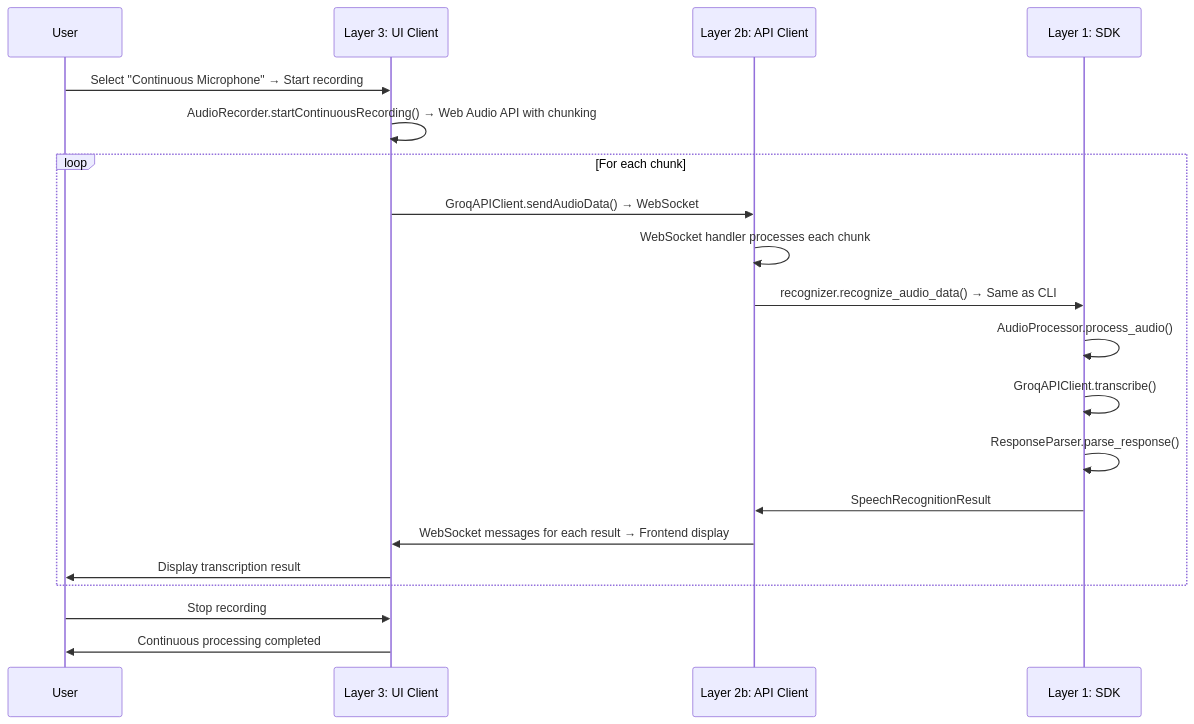
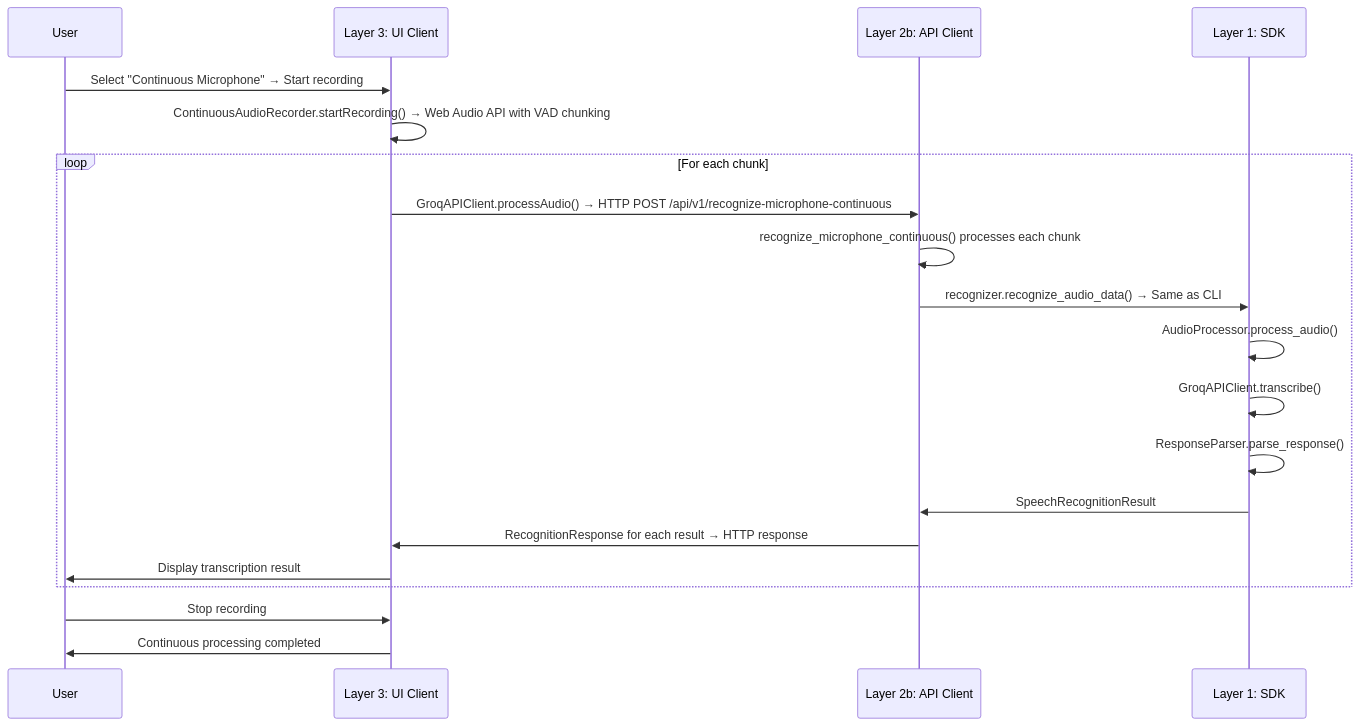
Before and after one commit to sreenivasmrpivot/groq-speech: diagram 18 of 24 in docs/ARCHITECTURE.md, drawn with Mermaid. The commit also changed other lines of this file and 38 other files, not shown here.

````diff
--- a/docs/ARCHITECTURE.md
+++ b/docs/ARCHITECTURE.md
@@ -418,23 +428,23 @@
 ```mermaid
 sequenceDiagram
     participant User
     participant UI as Layer 3: UI Client
     participant API as Layer 2b: API Client
     participant SDK as Layer 1: SDK
     
     User->>UI: Select "Continuous Microphone" → Start recording
-    UI->>UI: AudioRecorder.startContinuousRecording() → Web Audio API with chunking
+    UI->>UI: ContinuousAudioRecorder.startRecording() → Web Audio API with VAD chunking
     loop For each chunk
-        UI->>API: GroqAPIClient.sendAudioData() → WebSocket
-        API->>API: WebSocket handler processes each chunk
+        UI->>API: GroqAPIClient.processAudio() → HTTP POST /api/v1/recognize-microphone-continuous
+        API->>API: recognize_microphone_continuous() processes each chunk
         API->>SDK: recognizer.recognize_audio_data() → Same as CLI
         SDK->>SDK: AudioProcessor.process_audio()
         SDK->>SDK: GroqAPIClient.transcribe()
         SDK->>SDK: ResponseParser.parse_response()
         SDK->>API: SpeechRecognitionResult
-        API->>UI: WebSocket messages for each result → Frontend display
+        API->>UI: RecognitionResponse for each result → HTTP response
         UI->>User: Display transcription result
     end
     User->>UI: Stop recording
     UI->>User: Continuous processing completed
 ```
````
